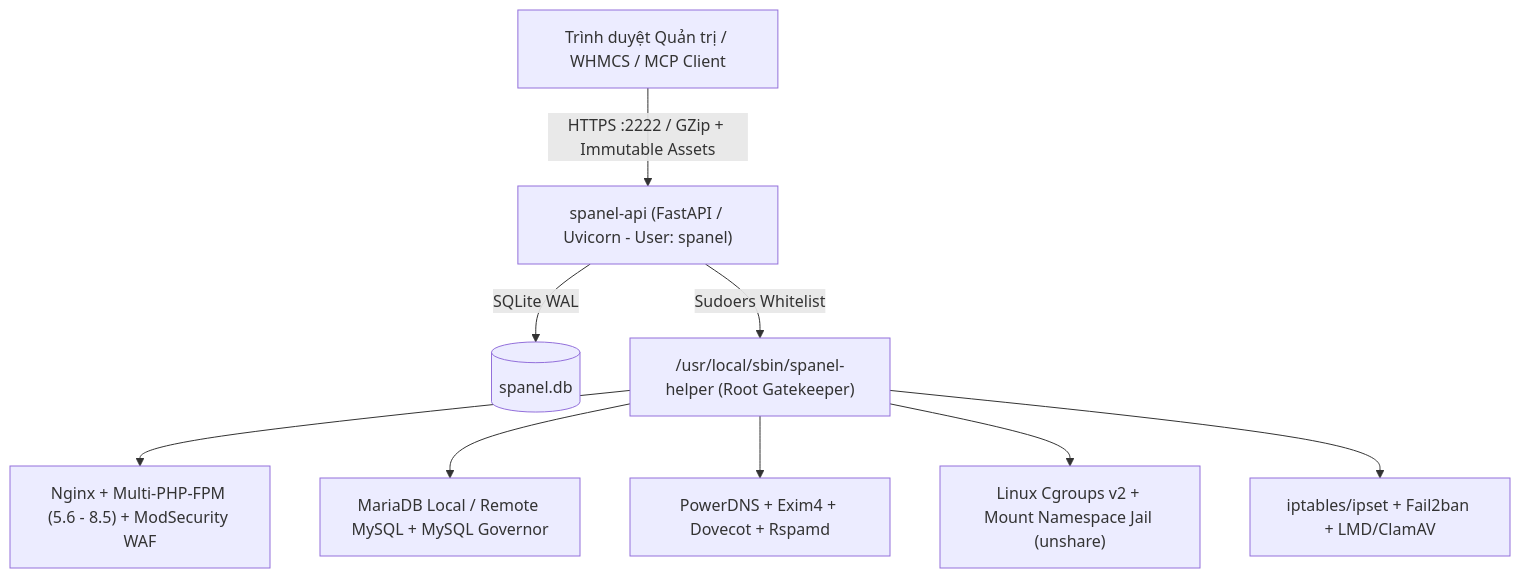
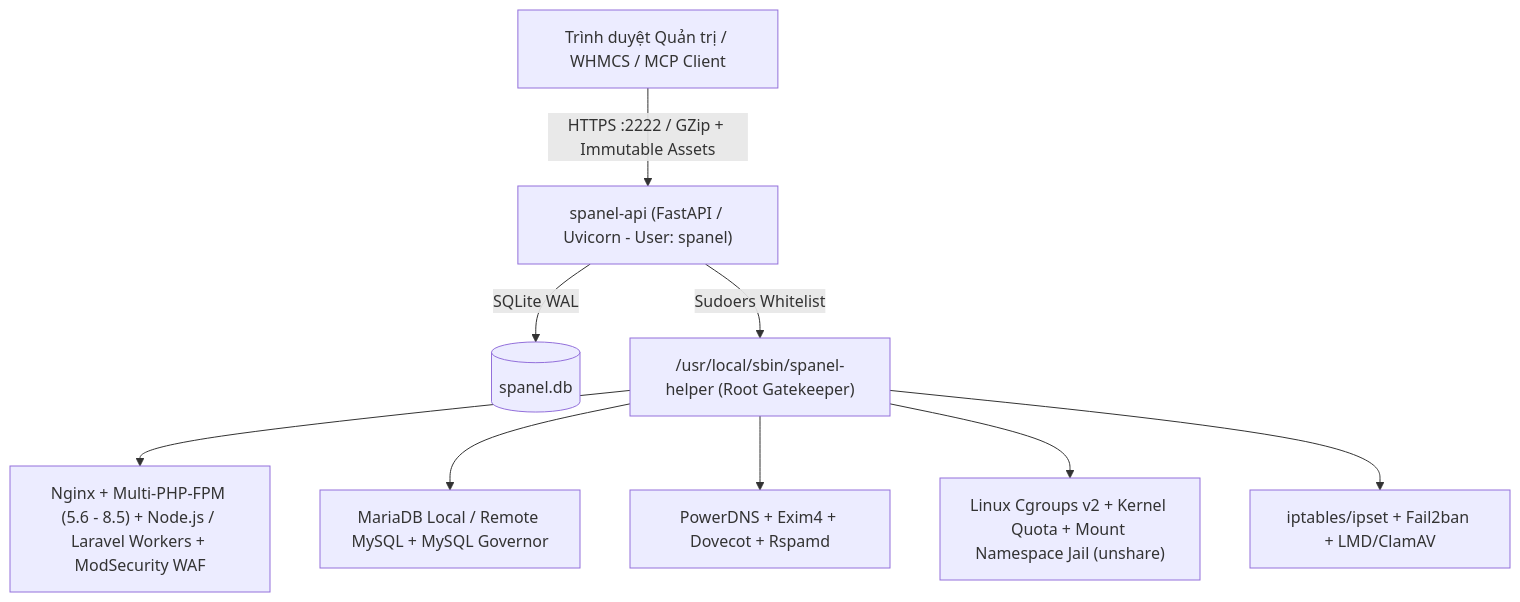
Before and after one commit to shostwp-byte/spanel: the diagram in README.md, drawn with Mermaid. The commit also changed other lines of this file, not shown here.

Commit message:
docs(readme): document Node.js Manager, Laravel Manager, Kernel Quota, and CI security boundary guards

````diff
--- a/README.md
+++ b/README.md
@@ -60,11 +60,11 @@
 ```mermaid
 flowchart TB
     Browser["Trình duyệt Quản trị / WHMCS / MCP Client"] -->|HTTPS :2222 / GZip + Immutable Assets| API["spanel-api (FastAPI / Uvicorn - User: spanel)"]
     API -->|SQLite WAL| DB[("spanel.db")]
     API -->|Sudoers Whitelist| Helper["/usr/local/sbin/spanel-helper (Root Gatekeeper)"]
-    Helper --> WebStack["Nginx + Multi-PHP-FPM (5.6 - 8.5) + ModSecurity WAF"]
+    Helper --> WebStack["Nginx + Multi-PHP-FPM (5.6 - 8.5) + Node.js / Laravel Workers + ModSecurity WAF"]
     Helper --> DataStack["MariaDB Local / Remote MySQL + MySQL Governor"]
     Helper --> MailDNS["PowerDNS + Exim4 + Dovecot + Rspamd"]
-    Helper --> Isolation["Linux Cgroups v2 + Mount Namespace Jail (unshare)"]
+    Helper --> Isolation["Linux Cgroups v2 + Kernel Quota + Mount Namespace Jail (unshare)"]
     Helper --> SecStack["iptables/ipset + Fail2ban + LMD/ClamAV"]
 ```
````
